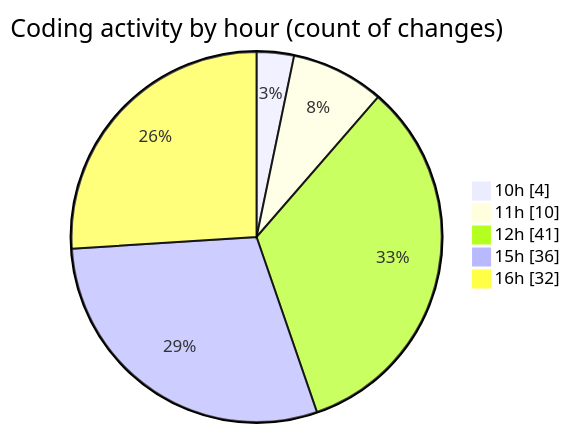
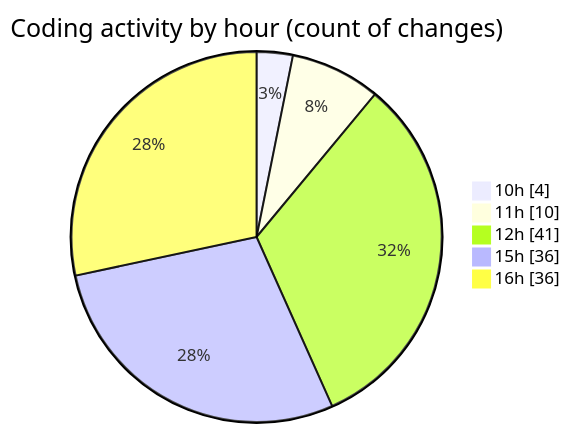
One commit to nxtqubesakshisongat/code-tracking changed the second of 2 diagrams in 2026-03-05/nxtqube_webapp/README.md. Above: the diagram before and after it, drawn with Mermaid. The commit also changed other lines of this file and 1 other file, not shown here.

````diff
--- a/2026-03-05/nxtqube_webapp/README.md
+++ b/2026-03-05/nxtqube_webapp/README.md
@@ -39,9 +40,9 @@
 ```mermaid
 pie showData
 title Coding activity by hour (count of changes)
 "10h" : 4
 "11h" : 10
 "12h" : 41
 "15h" : 36
-"16h" : 32
+"16h" : 36
 ```
````
